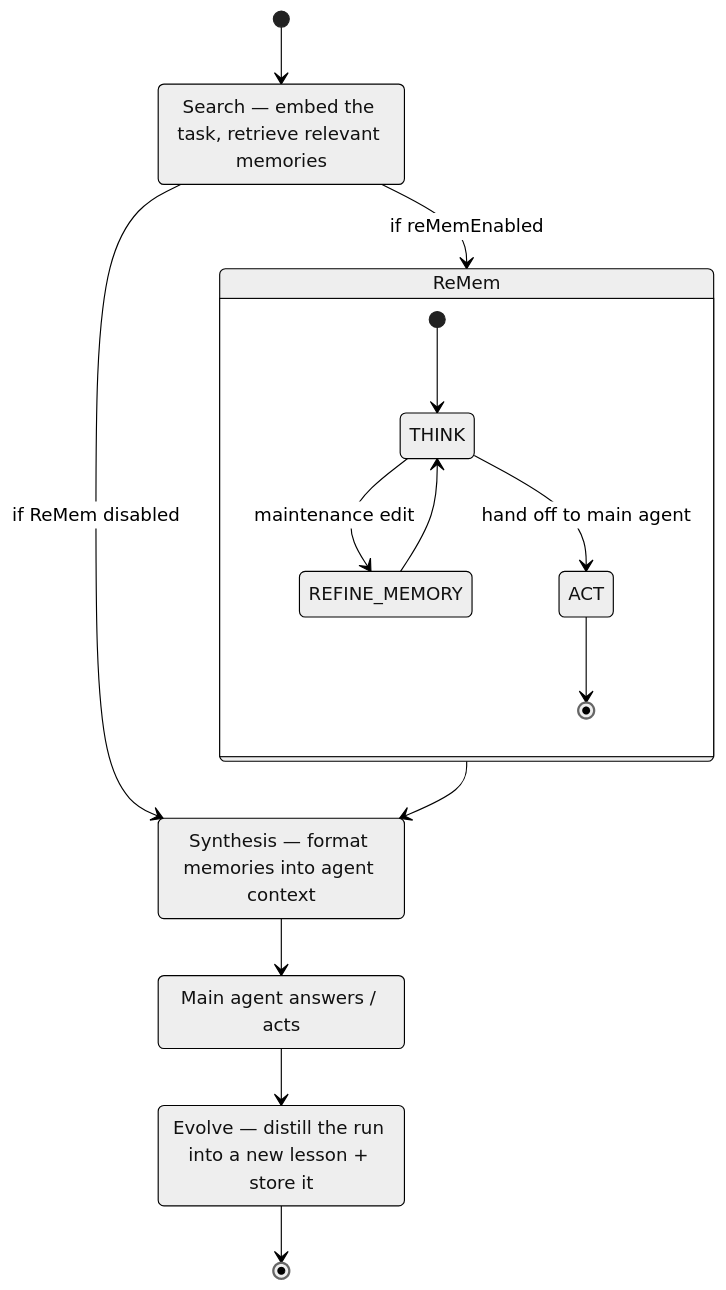
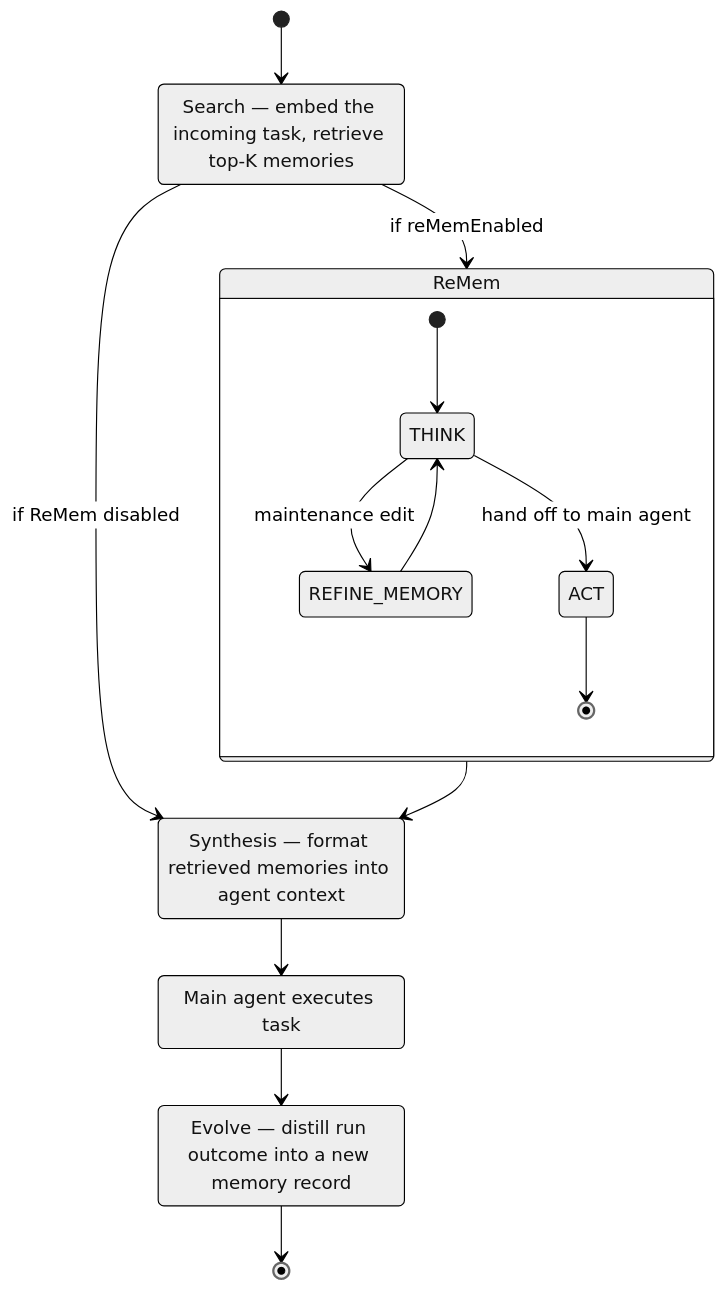
One commit to intelligencedev/intelligence-web changed the fourth of 9 diagrams in content/manifold-memory-systems.md. Above: the diagram before and after it, drawn with Mermaid (neutral theme). The commit also changed other lines of this file, not shown here.

Commit message:
Changes tone of memory article

```diff
--- a/content/manifold-memory-systems.md
+++ b/content/manifold-memory-systems.md
@@ -203,21 +179,21 @@
 <pre class="mermaid">
 stateDiagram-v2
     [*] --> Search
-    Search: Search — embed the task, retrieve relevant memories
-    Synthesis: Synthesis — format memories into agent context
-    Evolve: Evolve — distill the run into a new lesson + store it
+    Search: Search — embed the incoming task, retrieve top-K memories
+    Synthesis: Synthesis — format retrieved memories into agent context
+    Evolve: Evolve — distill run outcome into a new memory record
     state ReMem {
       [*] --> THINK
       THINK --> REFINE_MEMORY: maintenance edit
       REFINE_MEMORY --> THINK
       THINK --> ACT: hand off to main agent
       ACT --> [*]
     }
     Search --> ReMem: if reMemEnabled
     ReMem --> Synthesis
     Search --> Synthesis: if ReMem disabled
     Synthesis --> MainAgent
-    MainAgent: Main agent answers / acts
+    MainAgent: Main agent executes task
     MainAgent --> Evolve
     Evolve --> [*]
 </pre>
```
